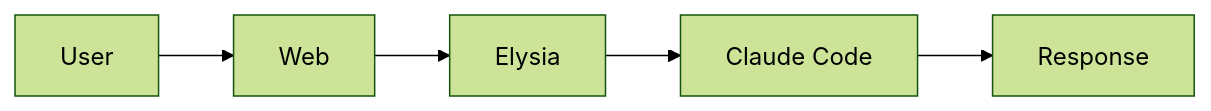
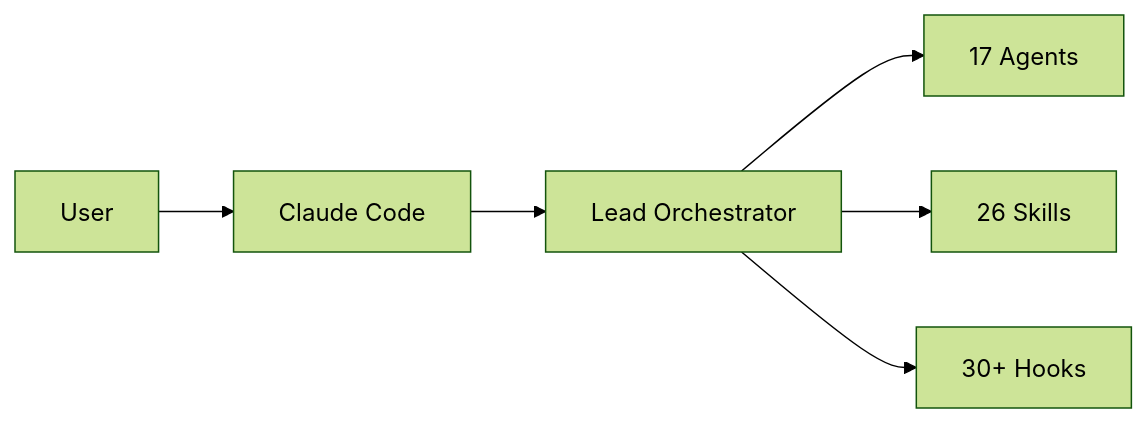
The first of 2 diagrams in CLAUDE.md (MaciWP/claude-code-poneglyph), drawn with Mermaid (forest theme) before and after one commit. The commit also changed other lines of this file and 312 other files, not shown here.

````diff
--- a/CLAUDE.md
+++ b/CLAUDE.md
@@ -60,7 +61,8 @@
 ```mermaid
 graph LR
-    User --> Web
-    Web --> Elysia
-    Elysia --> Claude[Claude Code]
-    Claude --> Response
+    User --> CC[Claude Code]
+    CC --> Orch[Lead Orchestrator]
+    Orch --> Agents[17 Agents]
+    Orch --> Skills[26 Skills]
+    Orch --> Hooks[30+ Hooks]
 ```
````
